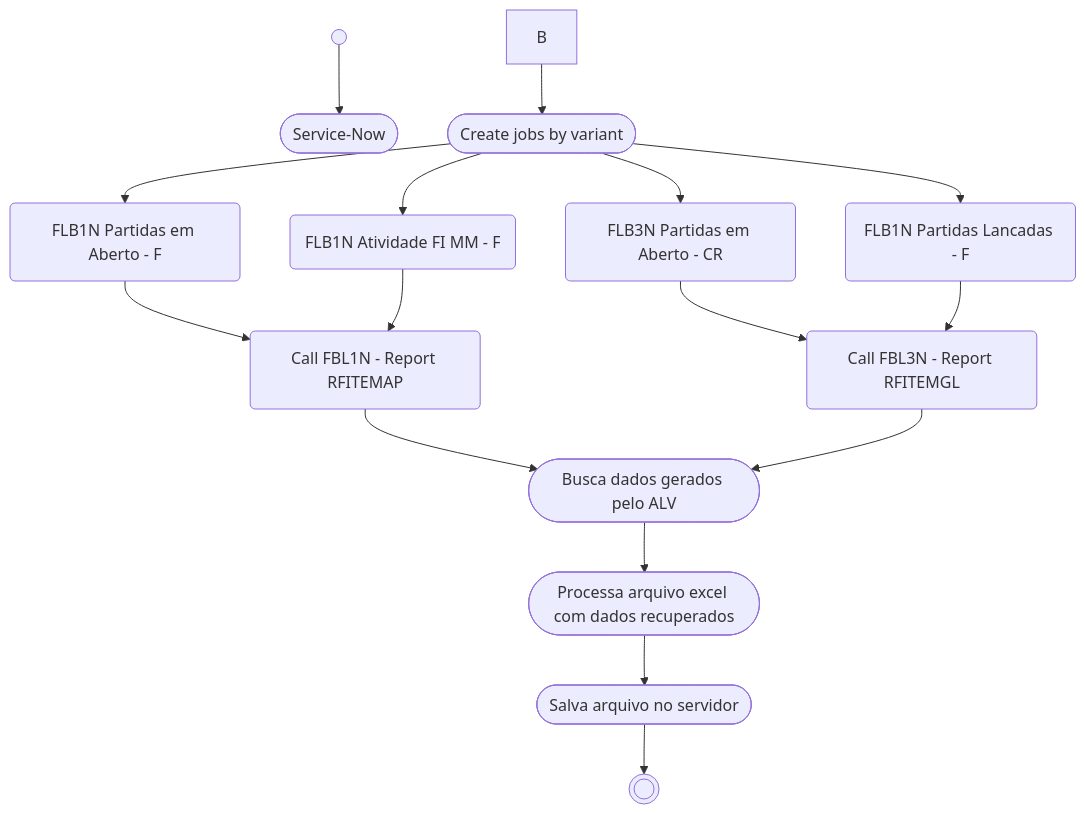
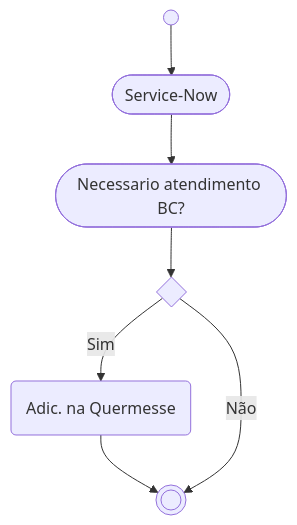
Before and after one commit to edmilson-nascimento/Quermesse: the diagram in README.md, drawn with Mermaid. The commit also changed other lines of this file, not shown here.

````diff
--- a/README.md
+++ b/README.md
@@ -35,27 +35,16 @@
 ```mermaid
 
 %%{ init: { 'flowchart': { 'curve': 'basis' } } }%%
 flowchart TB
 
 Begin((" ")):::startClass --> service-now([Service-Now])
-B --> C([Create jobs by variant]) 
+service-now --> Atendimento-BC(["Necessario atendimento BC?"])
+Atendimento-BC --> Q1{" "}
 
-C --> J1(FLB1N Partidas em Aberto - F)
-C --> J2(FLB1N Atividade FI MM - F)
-C --> J3(FLB3N Partidas em Aberto - CR)
-C --> J4(FLB1N Partidas Lancadas - F)
+Q1 -- Sim --> Quermesse("Adic. na Quermesse") 
+          --> End
 
-J1 --> submitFBL1N("Call FBL1N - Report RFITEMAP")
-J2 --> submitFBL1N
-J3 --> submitFBL3N("Call FBL3N - Report RFITEMGL")
-J4 --> submitFBL3N
+Q1 -- Não -->
 
-submitFBL1N --> alvGetData(["Busca dados gerados pelo ALV"])
-submitFBL3N --> alvGetData
-
-alvGetData --> excelRoutine(["Processa arquivo excel com dados recuperados"])
-
-excelRoutine --> saveFile(["Salva arquivo no servidor"])
-
-saveFile --> End(((" "))):::endClass
+End(((" "))):::endClass
 ```
````
